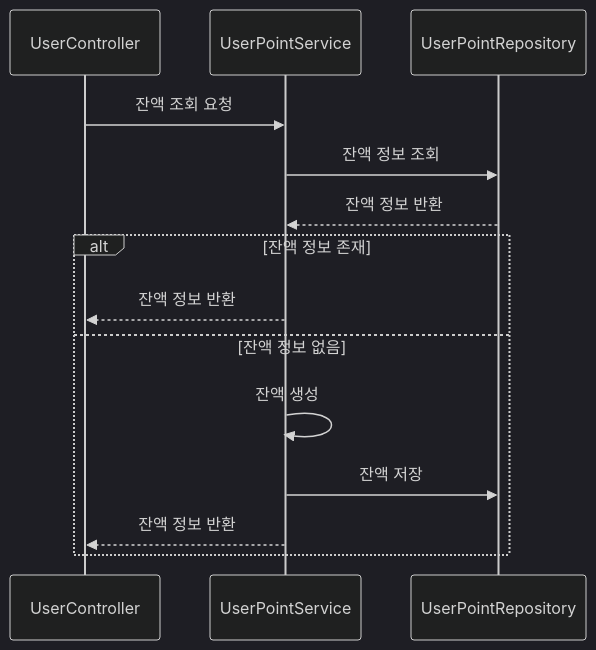
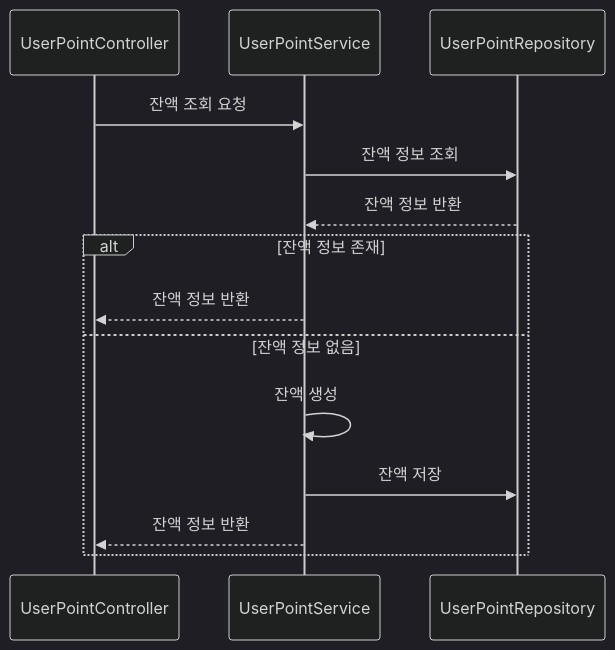
One commit to Moon-Jang/hhplus-e-commerce changed the diagram in docs/sequence/잔액조회.md. Above: the diagram before and after it, drawn with Mermaid (dark theme). The commit also changed 1 other file, not shown here.

Commit message:
[docs] 잔액 관련 시퀀스 다이어그램 - UserController -> UserPointController로 수정

````diff
--- a/docs/sequence/잔액조회.md
+++ b/docs/sequence/잔액조회.md
@@ -1,19 +1,19 @@
 ```mermaid
 sequenceDiagram
-    participant UserController
+    participant UserPointController
     participant UserPointService
     participant UserPointRepository
 
-    UserController->>UserPointService: 잔액 조회 요청
+    UserPointController->>UserPointService: 잔액 조회 요청
 
     UserPointService->>UserPointRepository: 잔액 정보 조회
     UserPointRepository-->>UserPointService: 잔액 정보 반환
 
     alt 잔액 정보 존재
-        UserPointService-->>UserController: 잔액 정보 반환
+        UserPointService-->>UserPointController: 잔액 정보 반환
     else 잔액 정보 없음
         UserPointService->>UserPointService: 잔액 생성
         UserPointService->>UserPointRepository: 잔액 저장
-        UserPointService-->>UserController: 잔액 정보 반환
+        UserPointService-->>UserPointController: 잔액 정보 반환
     end
 ```
````
